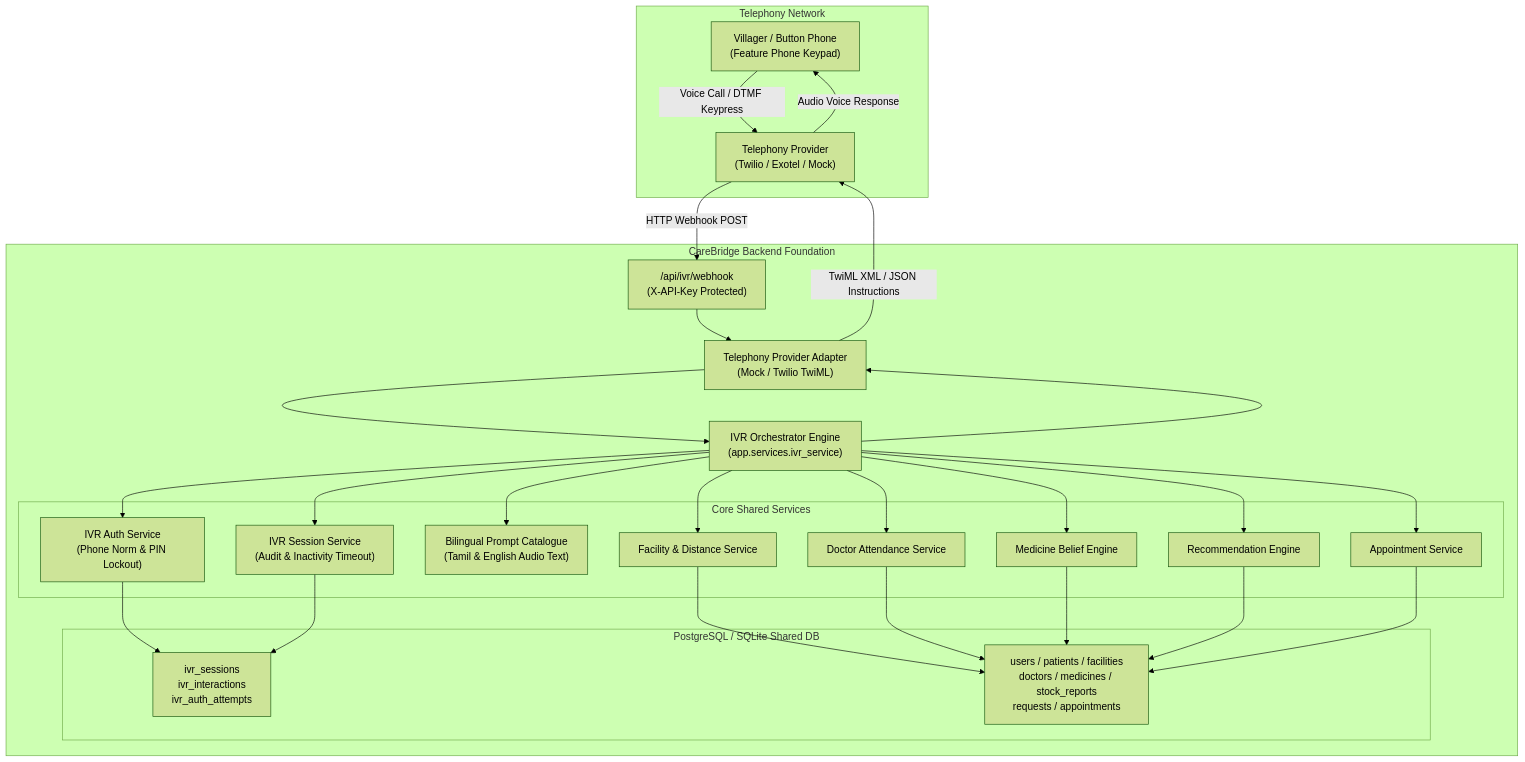
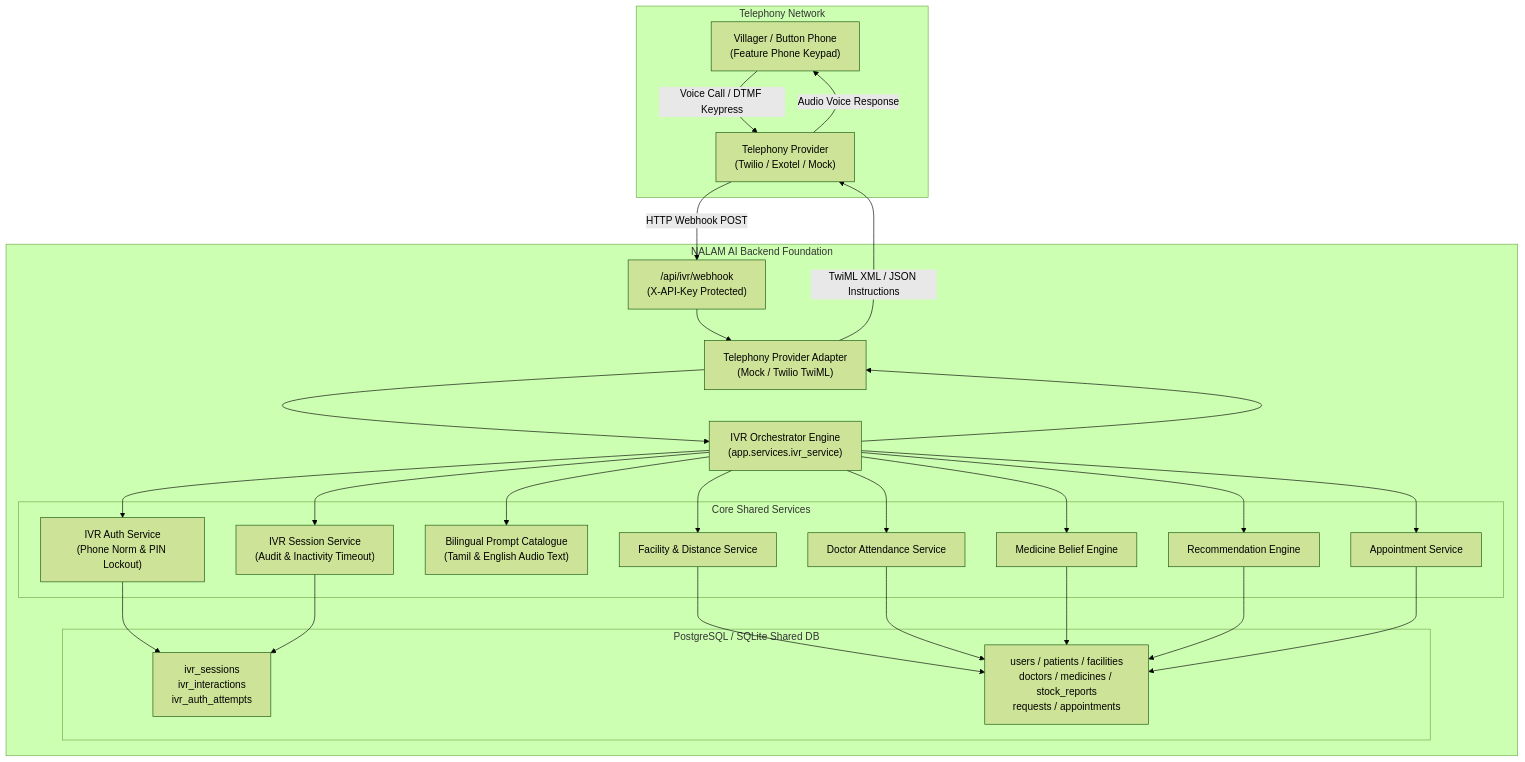
One commit to Thirumugilathavan/TASPORA-24-Hr-HACKATHON changed the first of 2 diagrams in IVR_ARCHITECTURE.md. Above: the diagram before and after it, drawn with Mermaid (forest theme). The commit also changed other lines of this file and 54 other files, not shown here.

Commit message:
feat(branding): rename platform from CareBridge to NALAM AI across frontend, IVR, AI assistant, and backend

````diff
--- a/IVR_ARCHITECTURE.md
+++ b/IVR_ARCHITECTURE.md
@@ -25,47 +25,47 @@
 ```mermaid
 flowchart TD
     subgraph Telecom [Telephony Network]
         Caller["Villager / Button Phone<br/>(Feature Phone Keypad)"]
         Telco["Telephony Provider<br/>(Twilio / Exotel / Mock)"]
     end
 
-    subgraph CareBridgeBackend [CareBridge Backend Foundation]
+    subgraph CareBridgeBackend [NALAM AI Backend Foundation]
         Webhook["/api/ivr/webhook<br/>(X-API-Key Protected)"]
         Adapter["Telephony Provider Adapter<br/>(Mock / Twilio TwiML)"]
         Orchestrator["IVR Orchestrator Engine<br/>(app.services.ivr_service)"]
 
         subgraph CoreServices [Core Shared Services]
             AuthService["IVR Auth Service<br/>(Phone Norm & PIN Lockout)"]
             SessionService["IVR Session Service<br/>(Audit & Inactivity Timeout)"]
             PromptService["Bilingual Prompt Catalogue<br/>(Tamil & English Audio Text)"]
             FacService["Facility & Distance Service"]
             DocService["Doctor Attendance Service"]
             StockService["Medicine Belief Engine"]
             RecService["Recommendation Engine"]
             ApptService["Appointment Service"]
         end
 
         subgraph Database [PostgreSQL / SQLite Shared DB]
             IVRTables["ivr_sessions<br/>ivr_interactions<br/>ivr_auth_attempts"]
             AppTables["users / patients / facilities<br/>doctors / medicines / stock_reports<br/>requests / appointments"]
         end
     end
 
     Caller -->|"Voice Call / DTMF Keypress"| Telco
     Telco -->|"HTTP Webhook POST"| Webhook
     Webhook --> Adapter
     Adapter --> Orchestrator
     Orchestrator --> AuthService
     Orchestrator --> SessionService
     Orchestrator --> PromptService
     Orchestrator --> FacService
     Orchestrator --> DocService
     Orchestrator --> StockService
     Orchestrator --> RecService
     Orchestrator --> ApptService
     AuthService & SessionService --> IVRTables
     FacService & DocService & StockService & RecService & ApptService --> AppTables
     Orchestrator --> Adapter
     Adapter -->|"TwiML XML / JSON Instructions"| Telco
     Telco -->|"Audio Voice Response"| Caller
 ```
````
